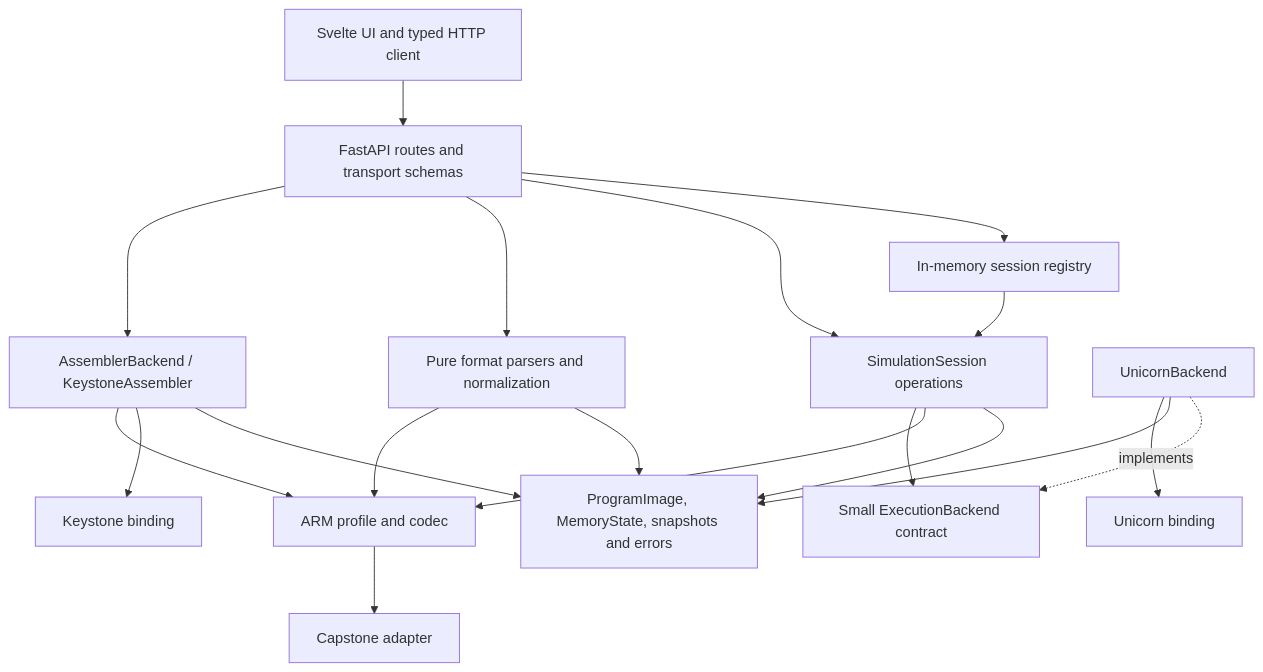
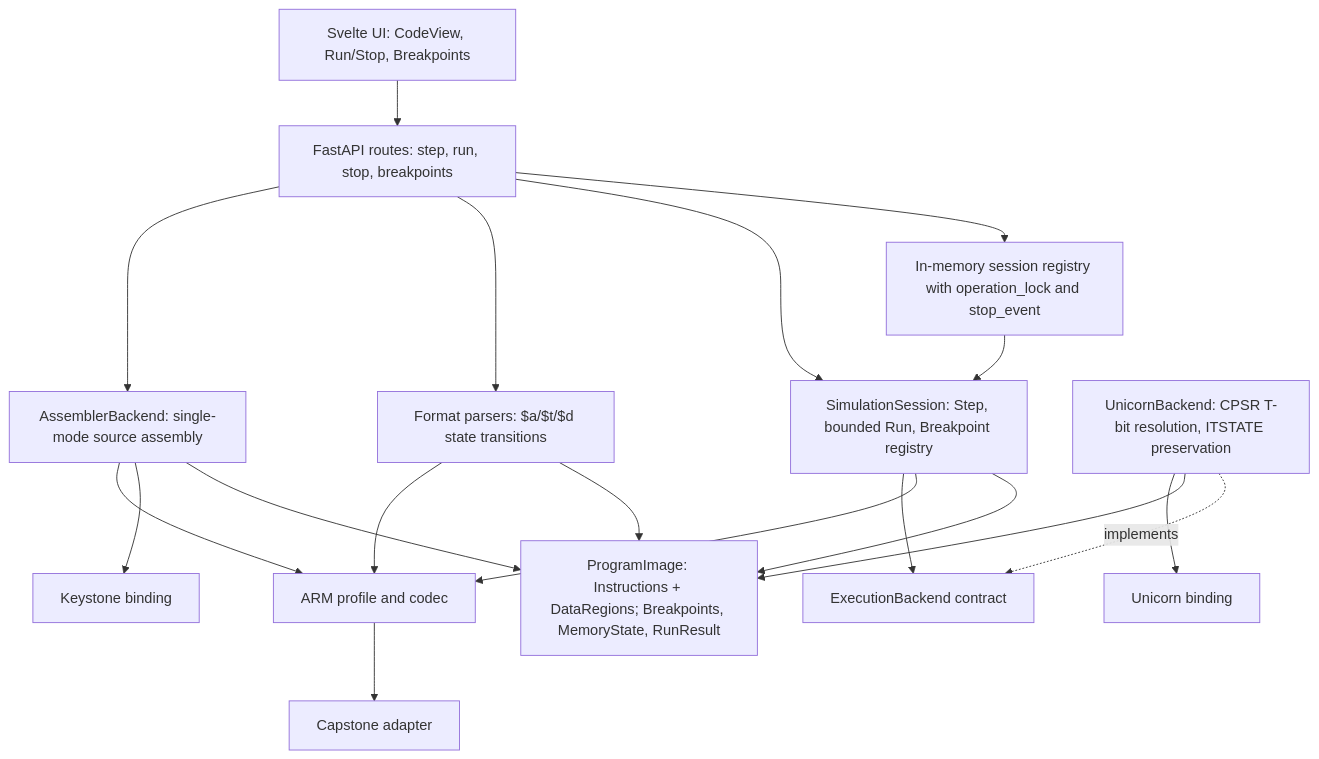
One commit to RndelQndel/AsmStride changed the diagram in docs/ARCHITECTURE.md. Above: the diagram before and after it, drawn with Mermaid. The commit also changed other lines of this file and 39 other files, not shown here.

````diff
--- a/docs/ARCHITECTURE.md
+++ b/docs/ARCHITECTURE.md
@@ -57,21 +69,21 @@
 ```mermaid
 flowchart TD
-    UI[Svelte UI and typed HTTP client] --> API[FastAPI routes and transport schemas]
-    API --> Sessions[In-memory session registry]
-    API --> Core[SimulationSession operations]
+    UI[Svelte UI: CodeView, Run/Stop, Breakpoints] --> API[FastAPI routes: step, run, stop, breakpoints]
+    API --> Sessions[In-memory session registry with operation_lock and stop_event]
+    API --> Core[SimulationSession: Step, bounded Run, Breakpoint registry]
     Sessions --> Core
-    Core --> Domain[ProgramImage, MemoryState, snapshots and errors]
-    API --> Parsing[Pure format parsers and normalization]
-    API --> Assembly[AssemblerBackend / KeystoneAssembler]
+    Core --> Domain[ProgramImage: Instructions + DataRegions; Breakpoints, MemoryState, RunResult]
+    API --> Parsing[Format parsers: $a/$t/$d state transitions]
+    API --> Assembly[AssemblerBackend: single-mode source assembly]
     Assembly --> Domain
     Assembly --> Keystone[Keystone binding]
     Assembly --> Profile[ARM profile and codec]
     Parsing --> Domain
     Parsing --> Profile
     Core --> Profile
     Profile --> Capstone[Capstone adapter]
-    Core --> Port[Small ExecutionBackend contract]
-    UnicornAdapter[UnicornBackend] -. implements .-> Port
+    Core --> Port[ExecutionBackend contract]
+    UnicornAdapter[UnicornBackend: CPSR T-bit resolution, ITSTATE preservation] -. implements .-> Port
     UnicornAdapter --> Domain
     UnicornAdapter --> Unicorn[Unicorn binding]
 ```
````
